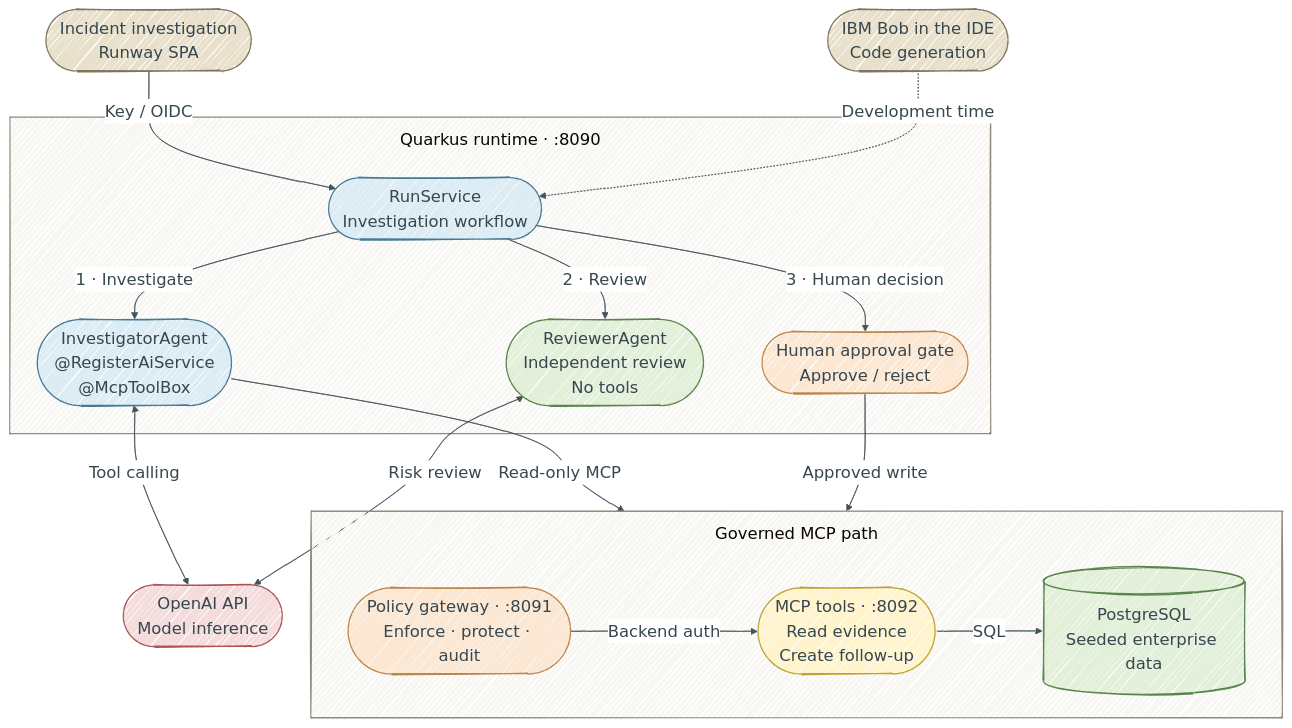
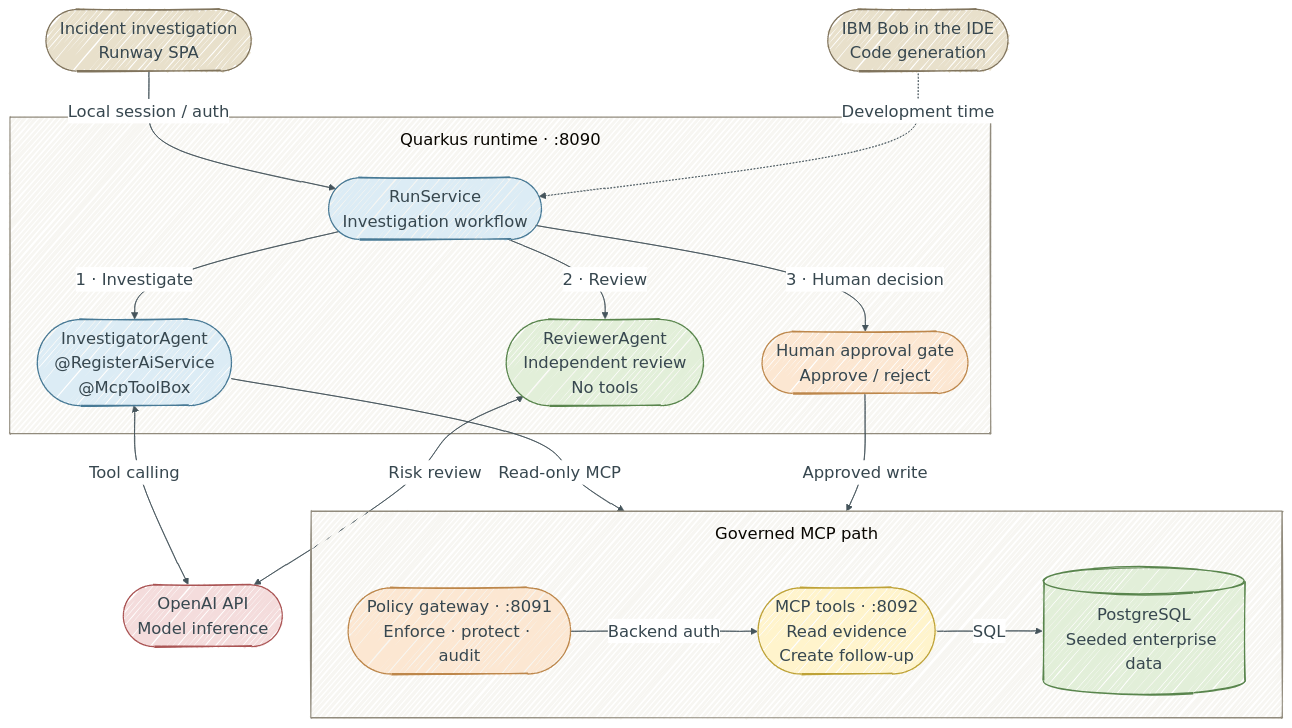
The diagram in README.md (danieloh30/enterprise-ai-runway), drawn with Mermaid before and after one commit. The commit also changed other lines of this file and 19 other files, not shown here.

````diff
--- a/README.md
+++ b/README.md
@@ -62,70 +64,70 @@
 ```mermaid
 ---
 config:
   look: handDrawn
   theme: base
   handDrawnSeed: 42
   fontFamily: Arial
   flowchart:
     curve: basis
     nodeSpacing: 35
     rankSpacing: 65
     wrappingWidth: 230
     subGraphTitleMargin:
       top: 12
       bottom: 28
   themeVariables:
     fontFamily: Arial
     fontSize: 20px
     primaryTextColor: '#37474f'
     lineColor: '#45545b'
     edgeLabelBackground: '#ffffff'
     clusterBkg: '#f7f6f2'
     clusterBorder: '#918b7d'
 ---
 flowchart TB
     UI(["Incident investigation<br/>Runway SPA"])
     Bob(["IBM Bob in the IDE<br/>Code generation"])
 
     subgraph Runtime["Quarkus runtime · :8090"]
         Workflow(["RunService<br/>Investigation workflow"])
         Investigator(["InvestigatorAgent<br/>@RegisterAiService<br/>@McpToolBox"])
         Reviewer(["ReviewerAgent<br/>Independent review<br/>No tools"])
         Approval(["Human approval gate<br/>Approve / reject"])
 
         Workflow -->|1 · Investigate| Investigator
         Workflow -->|2 · Review| Reviewer
         Workflow -->|3 · Human decision| Approval
     end
 
-    UI -->|Key / OIDC| Workflow
+    UI -->|Local session / auth| Workflow
     Bob -.->|Development time| Workflow
     Investigator <-->|Tool calling| Model
     Reviewer <-->|Risk review| Model
     Model(["OpenAI API<br/>Model inference"])
 
     subgraph Governed["Governed MCP path"]
         direction LR
         Gateway(["Policy gateway · :8091<br/>Enforce · protect · audit"])
         Tools(["MCP tools · :8092<br/>Read evidence<br/>Create follow-up"])
         DB[("PostgreSQL<br/>Seeded enterprise data")]
         Gateway -->|Backend auth| Tools
         Tools -->|SQL| DB
     end
 
     Investigator -->|Read-only MCP| Governed
     Approval -->|Approved write| Governed
 
     classDef entry fill:#e8e0cb,stroke:#80745d,color:#37474f,stroke-width:1.5px;
     classDef agent fill:#dcecf5,stroke:#477995,color:#37474f,stroke-width:1.5px;
     classDef review fill:#e2efd9,stroke:#59854d,color:#37474f,stroke-width:1.5px;
     classDef approval fill:#fce7d2,stroke:#bd874b,color:#37474f,stroke-width:1.5px;
     classDef tools fill:#fff4cc,stroke:#bea237,color:#37474f,stroke-width:1.5px;
     classDef external fill:#f4dcdc,stroke:#aa5454,color:#37474f,stroke-width:1.5px;
     class UI,Bob entry;
     class Workflow,Investigator agent;
     class Reviewer,DB review;
     class Approval,Gateway approval;
     class Tools tools;
     class Model external;
 ```
````
